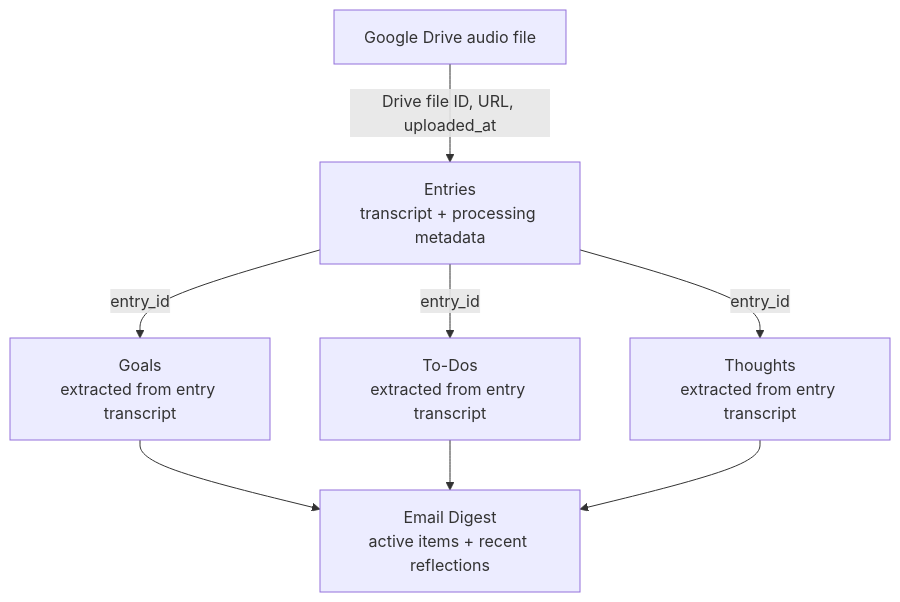
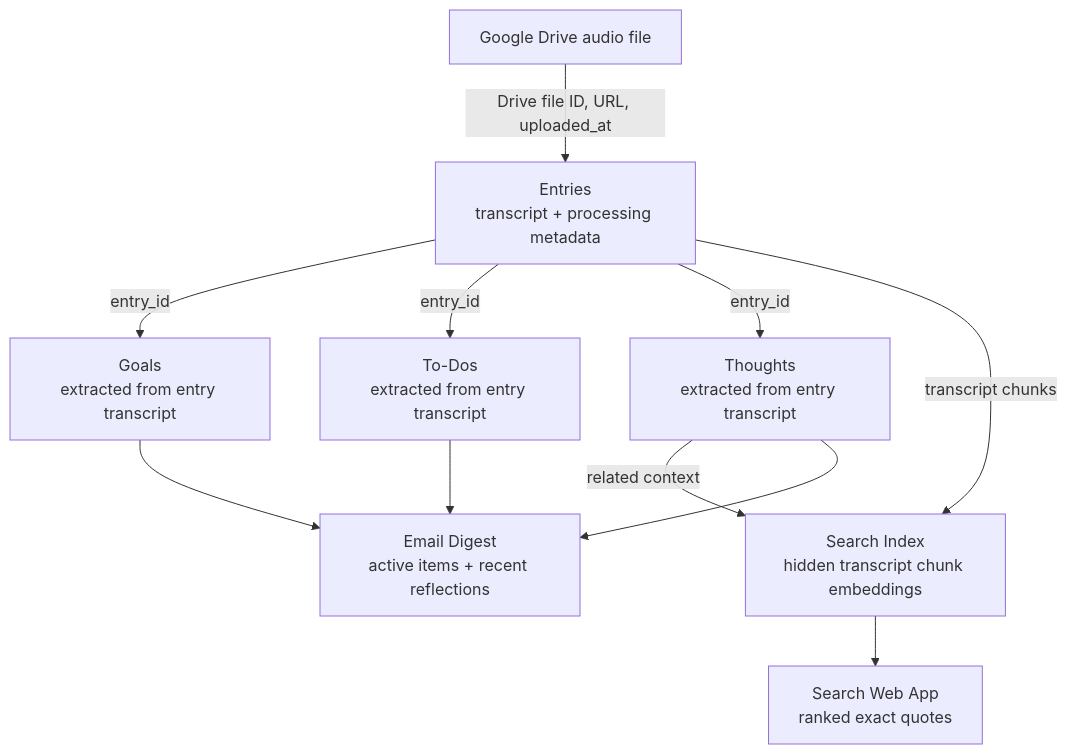
The diagram in README.md (Marko-Suchy/voice-journal), drawn with Mermaid before and after one commit. The commit also changed other lines of this file and 4 other files, not shown here.

````diff
--- a/README.md
+++ b/README.md
@@ -36,17 +39,22 @@
 ```mermaid
 flowchart TD
     drive["Google Drive audio file"]
     entries["Entries\ntranscript + processing metadata"]
     goals["Goals\nextracted from entry transcript"]
     todos["To-Dos\nextracted from entry transcript"]
     thoughts["Thoughts\nextracted from entry transcript"]
+    searchIndex["Search Index\nhidden transcript chunk embeddings"]
+    webapp["Search Web App\nranked exact quotes"]
     digest["Email Digest\nactive items + recent reflections"]
 
     drive -->|"Drive file ID, URL, uploaded_at"| entries
     entries -->|"entry_id"| goals
     entries -->|"entry_id"| todos
     entries -->|"entry_id"| thoughts
+    entries -->|"transcript chunks"| searchIndex
+    thoughts -->|"related context"| searchIndex
+    searchIndex --> webapp
     goals --> digest
     todos --> digest
     thoughts --> digest
 ```
````
